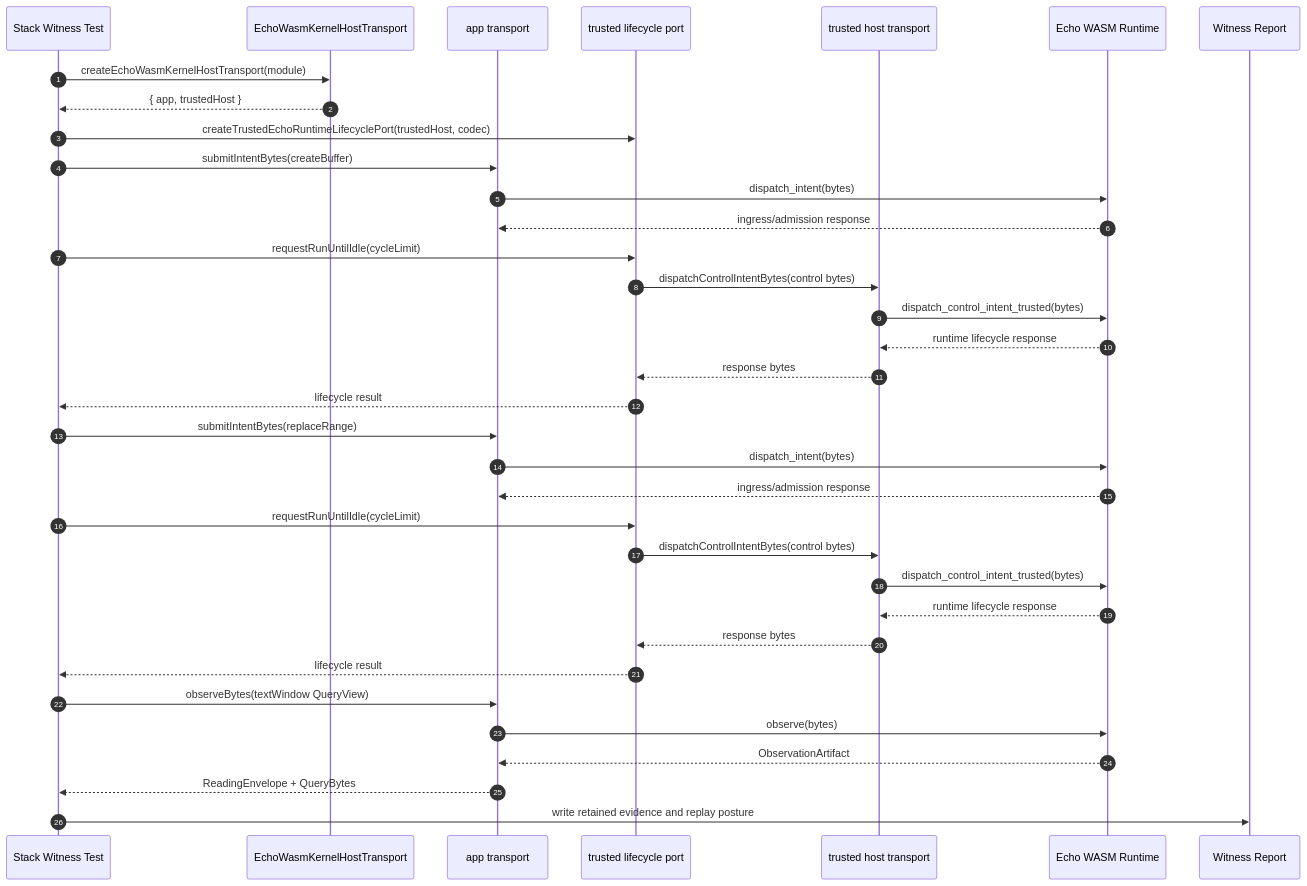
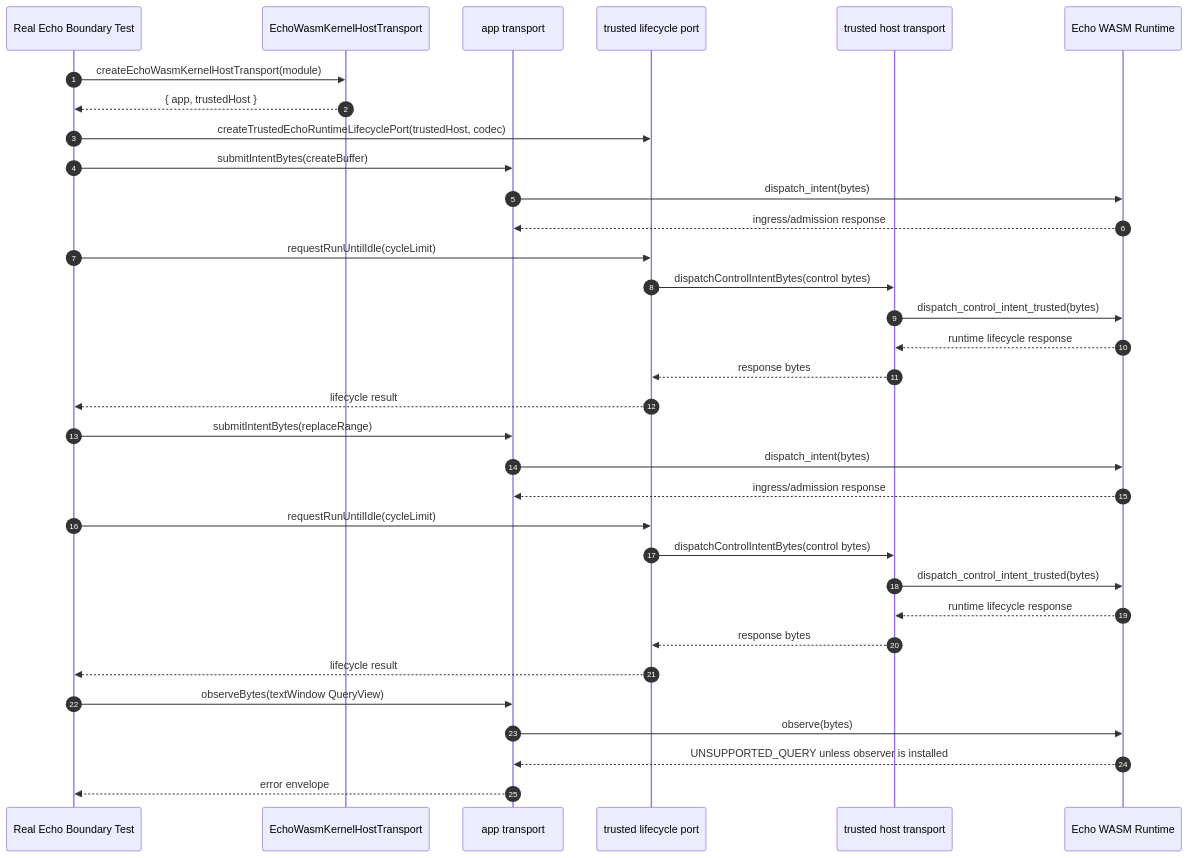
Diagram 11 of 14 in docs/jedit-echo-end-to-end.md (flyingrobots/jedit), drawn with Mermaid before and after one commit. The commit also changed other lines of this file and 10 other files, not shown here.

Commit message:
fix(echo): enforce generic text observer boundary

````diff
--- a/docs/jedit-echo-end-to-end.md
+++ b/docs/jedit-echo-end-to-end.md
@@ -749,41 +779,38 @@
 ```mermaid
 sequenceDiagram
   autonumber
-  participant Test as Stack Witness Test
+  participant Test as Real Echo Boundary Test
   participant HostTransport as EchoWasmKernelHostTransport
   participant AppTransport as app transport
   participant Lifecycle as trusted lifecycle port
   participant TrustedHost as trusted host transport
   participant Echo as Echo WASM Runtime
-  participant Report as Witness Report
-
   Test->>HostTransport: createEchoWasmKernelHostTransport(module)
   HostTransport-->>Test: { app, trustedHost }
   Test->>Lifecycle: createTrustedEchoRuntimeLifecyclePort(trustedHost, codec)
 
   Test->>AppTransport: submitIntentBytes(createBuffer)
   AppTransport->>Echo: dispatch_intent(bytes)
   Echo-->>AppTransport: ingress/admission response
   Test->>Lifecycle: requestRunUntilIdle(cycleLimit)
   Lifecycle->>TrustedHost: dispatchControlIntentBytes(control bytes)
   TrustedHost->>Echo: dispatch_control_intent_trusted(bytes)
   Echo-->>TrustedHost: runtime lifecycle response
   TrustedHost-->>Lifecycle: response bytes
   Lifecycle-->>Test: lifecycle result
 
   Test->>AppTransport: submitIntentBytes(replaceRange)
   AppTransport->>Echo: dispatch_intent(bytes)
   Echo-->>AppTransport: ingress/admission response
   Test->>Lifecycle: requestRunUntilIdle(cycleLimit)
   Lifecycle->>TrustedHost: dispatchControlIntentBytes(control bytes)
   TrustedHost->>Echo: dispatch_control_intent_trusted(bytes)
   Echo-->>TrustedHost: runtime lifecycle response
   TrustedHost-->>Lifecycle: response bytes
   Lifecycle-->>Test: lifecycle result
 
   Test->>AppTransport: observeBytes(textWindow QueryView)
   AppTransport->>Echo: observe(bytes)
-  Echo-->>AppTransport: ObservationArtifact
-  AppTransport-->>Test: ReadingEnvelope + QueryBytes
-  Test->>Report: write retained evidence and replay posture
+  Echo-->>AppTransport: UNSUPPORTED_QUERY unless observer is installed
+  AppTransport-->>Test: error envelope
 ```
````
